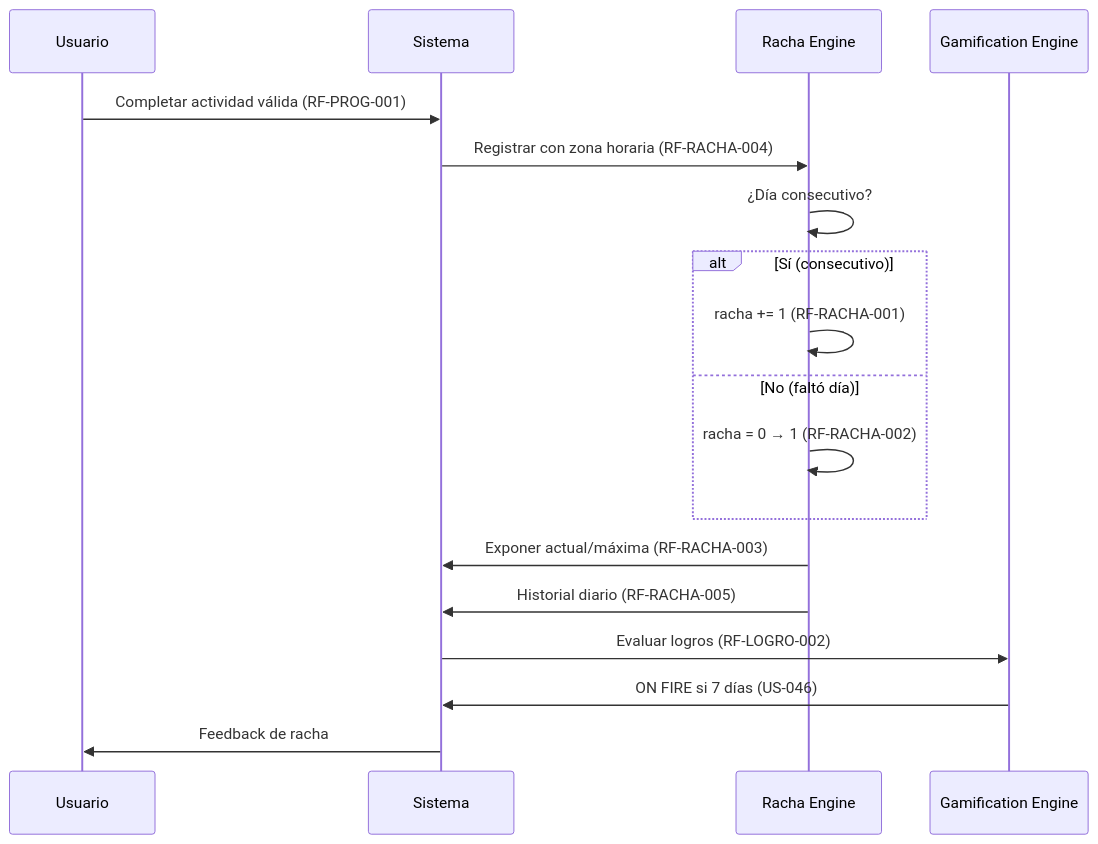
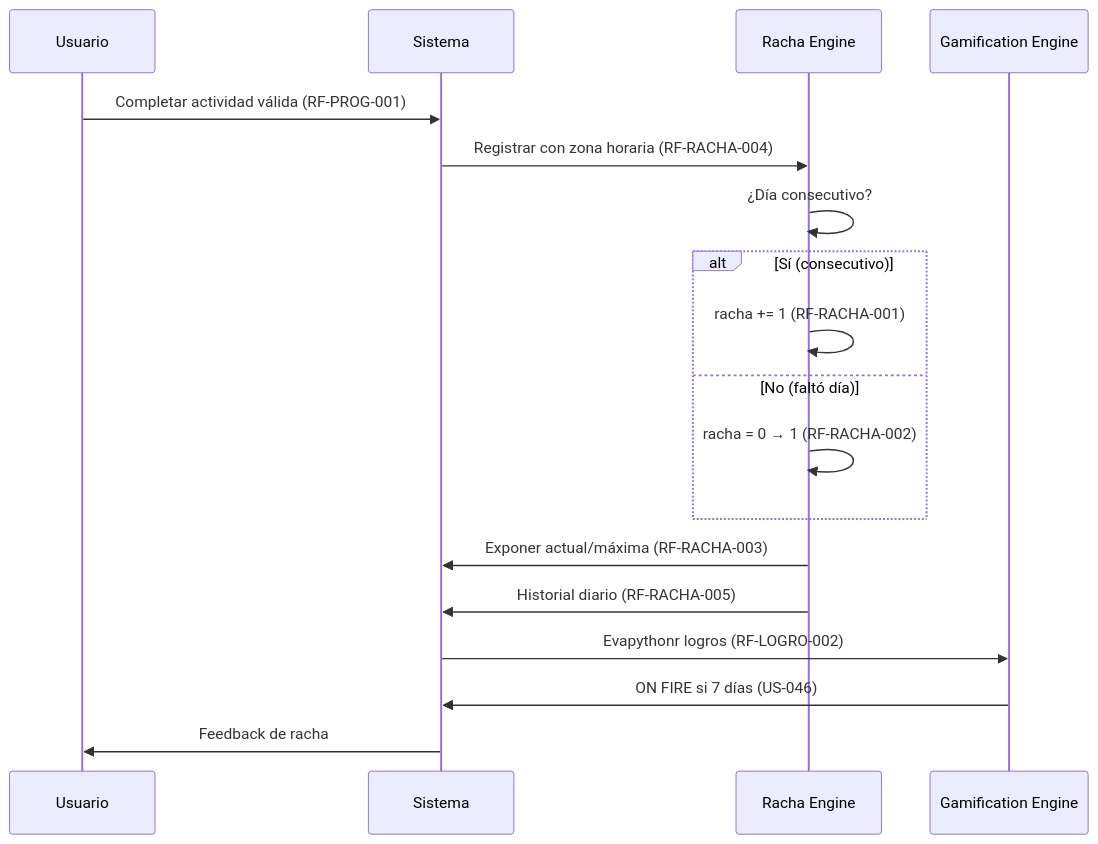
Diagram 12 of 17 in docs/09_USER_FLOWS.md (nastex123/DuolingoProgramacion), drawn with Mermaid before and after one commit. The commit also changed other lines of this file and 65 other files, not shown here.

````diff
--- a/docs/09_USER_FLOWS.md
+++ b/docs/09_USER_FLOWS.md
@@ -699,21 +699,21 @@
 ```mermaid
 sequenceDiagram
     participant U as Usuario
     participant S as Sistema
     participant R as Racha Engine
     participant G as Gamification Engine
 
     U->>S: Completar actividad válida (RF-PROG-001)
     S->>R: Registrar con zona horaria (RF-RACHA-004)
     R->>R: ¿Día consecutivo?
     alt Sí (consecutivo)
         R->>R: racha += 1 (RF-RACHA-001)
     else No (faltó día)
         R->>R: racha = 0 → 1 (RF-RACHA-002)
     end
     R->>S: Exponer actual/máxima (RF-RACHA-003)
     R->>S: Historial diario (RF-RACHA-005)
-    S->>G: Evaluar logros (RF-LOGRO-002)
+    S->>G: Evapythonr logros (RF-LOGRO-002)
     G->>S: ON FIRE si 7 días (US-046)
     S->>U: Feedback de racha
 ```
````
